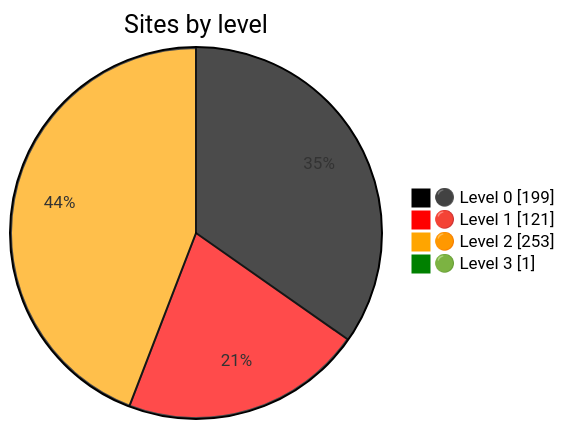
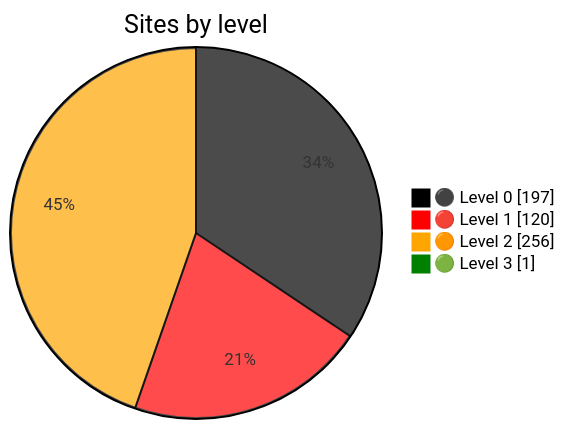
Before and after one commit to Dushmilan/gov_lk_web_auditor: the diagram in README.md, drawn with Mermaid. The commit also changed other lines of this file and 2538 other files, not shown here.

````diff
--- a/README.md
+++ b/README.md
@@ -24,9 +24,9 @@
 ```mermaid
 %%{init: {"themeVariables":{"pie1":"black","pie2":"red","pie3":"orange","pie4":"green"}}}%%
 pie showData
     title Sites by level
-    "⚫ Level 0" : 199
-    "🔴 Level 1" : 121
-    "🟠 Level 2" : 253
+    "⚫ Level 0" : 197
+    "🔴 Level 1" : 120
+    "🟠 Level 2" : 256
     "🟢 Level 3" : 1
 ```
````
